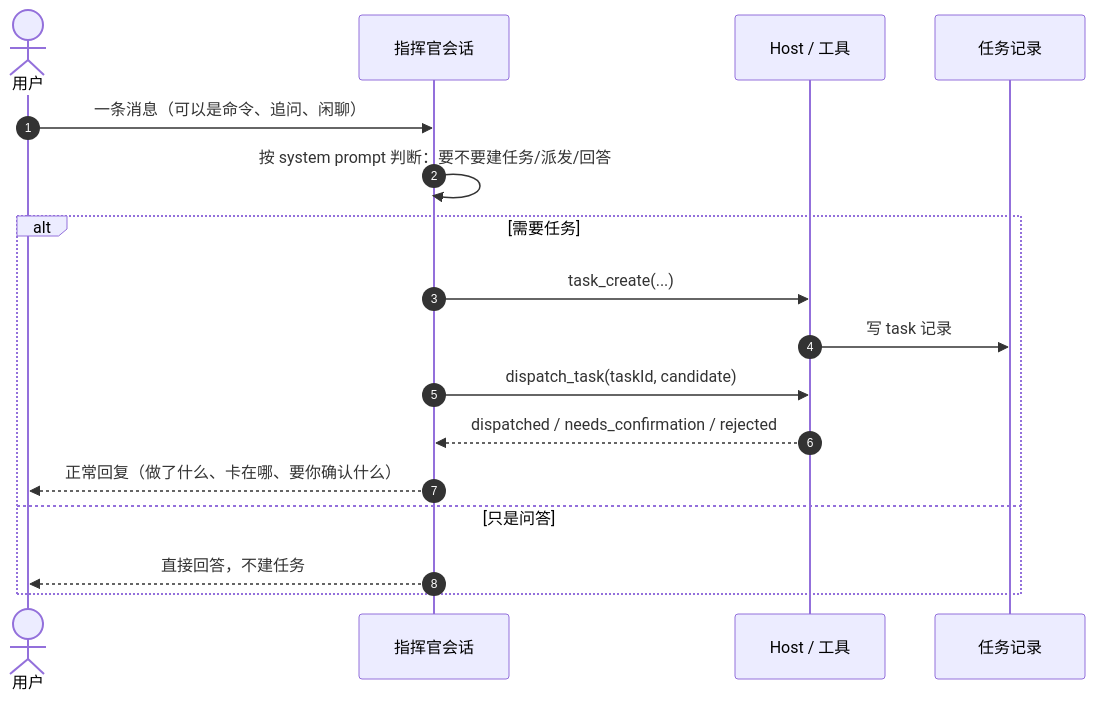
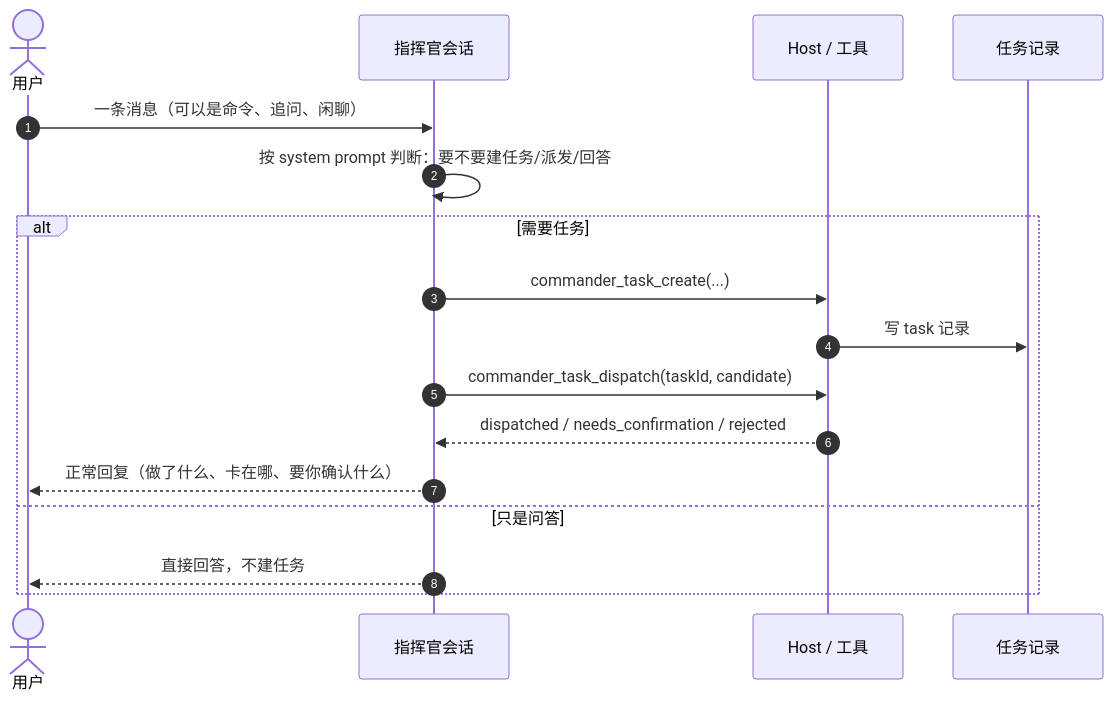
Before and after one commit to xx529/dsh-commander: the second of 5 diagrams in docs/ARCHITECTURE.md, drawn with Mermaid. The commit also changed other lines of this file and 442 other files, not shown here.

````diff
--- a/docs/ARCHITECTURE.md
+++ b/docs/ARCHITECTURE.md
@@ -90,20 +91,20 @@
 ```mermaid
 sequenceDiagram
   autonumber
   actor U as 用户
   participant CS as 指挥官会话
   participant H as Host / 工具
   participant B as 任务记录
 
   U->>CS: 一条消息（可以是命令、追问、闲聊）
   CS->>CS: 按 system prompt 判断：要不要建任务/派发/回答
   alt 需要任务
-    CS->>H: task_create(...)
+    CS->>H: commander_task_create(...)
     H->>B: 写 task 记录
-    CS->>H: dispatch_task(taskId, candidate)
+    CS->>H: commander_task_dispatch(taskId, candidate)
     H-->>CS: dispatched / needs_confirmation / rejected
     CS-->>U: 正常回复（做了什么、卡在哪、要你确认什么）
   else 只是问答
     CS-->>U: 直接回答，不建任务
   end
 ```
````
